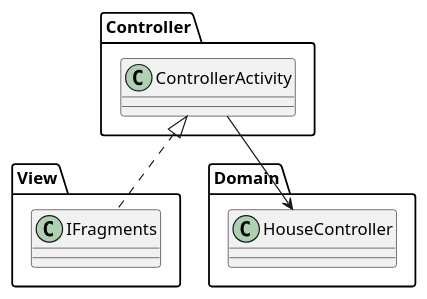
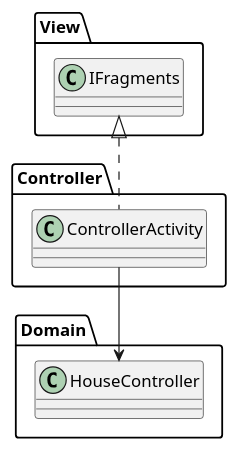
Before and after one commit to willemnielsen/House-App: diagram 13 of 13 in intellij/doc/design.md, drawn with PlantUML. The commit also changed other lines of this file, not shown here.

````diff
--- a/intellij/doc/design.md
+++ b/intellij/doc/design.md
@@ -618,18 +572,18 @@
 ```plantuml
 @startuml
 
 class Controller.ControllerActivity{
 
 }
 class View.IFragments{
 
 }
 class Domain.HouseController{
 
 }
 
-Controller.ControllerActivity <|.. View.IFragments
+View.IFragments <|.. Controller.ControllerActivity
 Controller.ControllerActivity --> Domain.HouseController  
 
 @enduml
 ```
````
